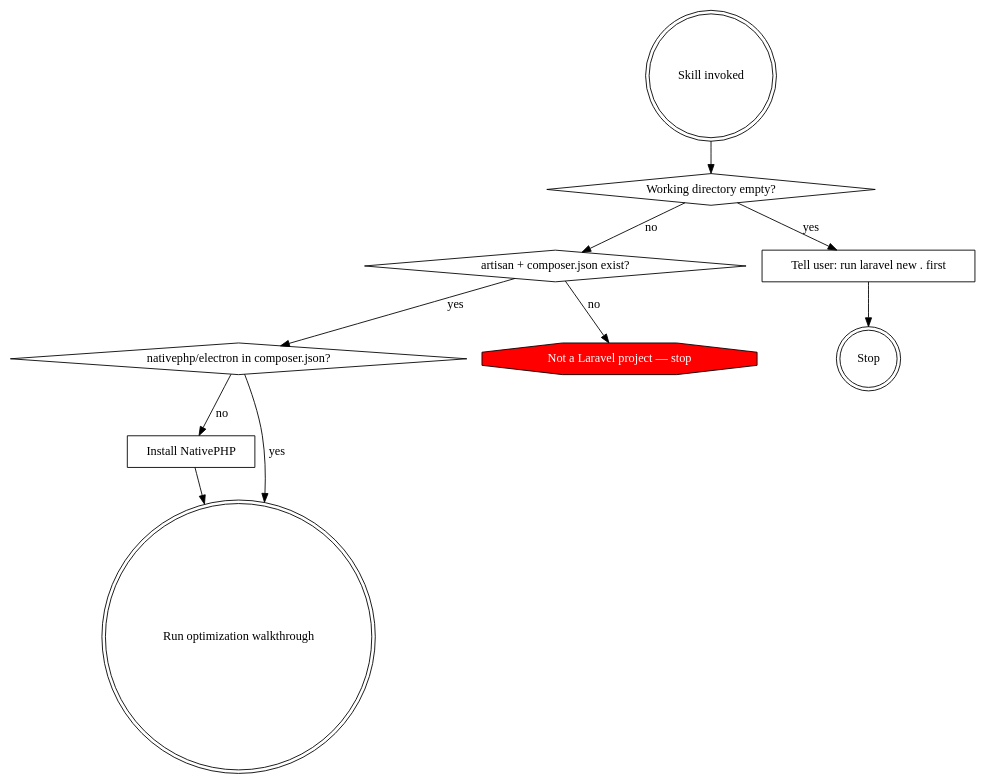
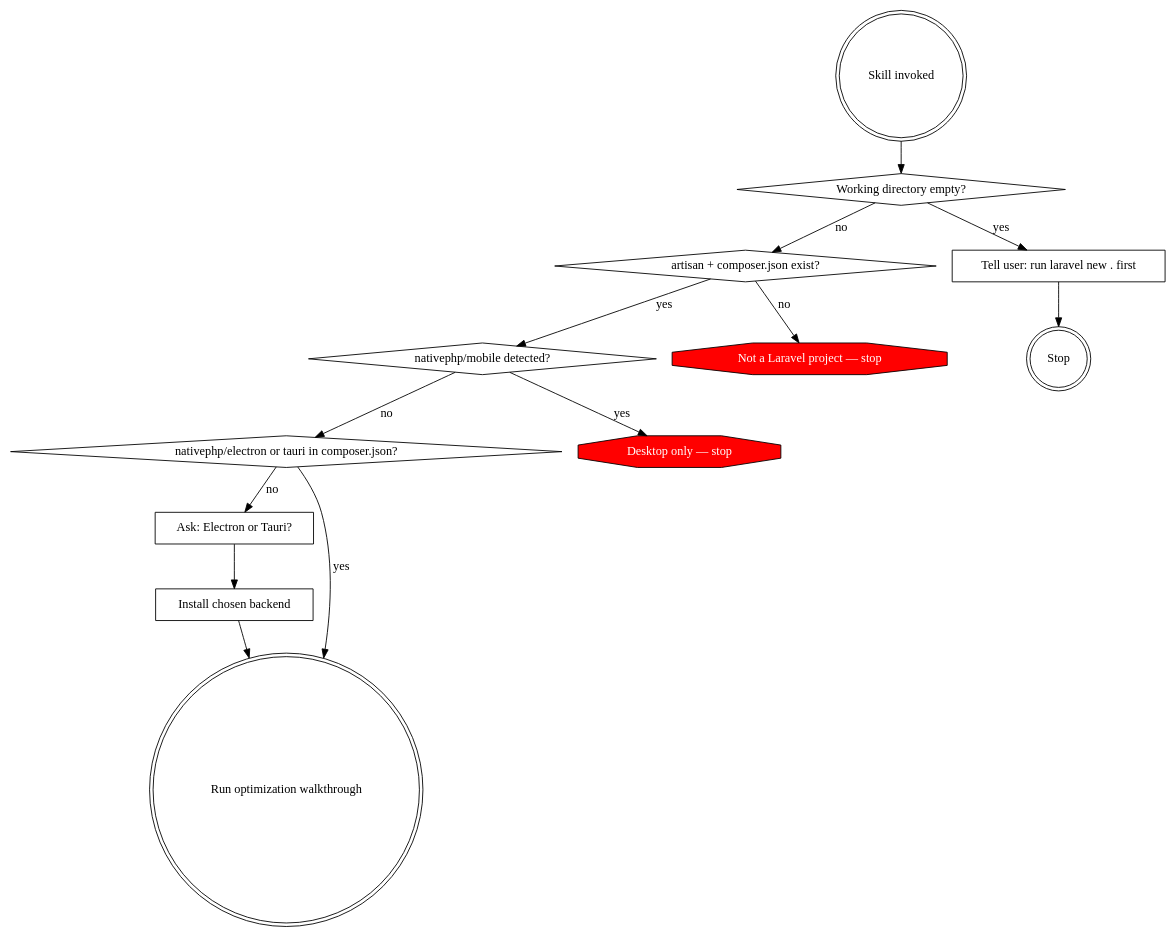
The diagram in skills/php-native-setup/SKILL.md (DoktorDaveJoos/nativephp-skills), drawn with Graphviz before and after one commit. The commit also changed other lines of this file and 2 other files, not shown here.

Commit message:
feat: rewrite both skills with grill findings — 9 grouped areas, Tauri support, context-dependent config, build pipeline caching, loading route, Tailwind CDN scanning, add README

````diff
--- a/skills/php-native-setup/SKILL.md
+++ b/skills/php-native-setup/SKILL.md
@@ -14,24 +14,29 @@
 ```dot
 digraph setup_flow {
     "Skill invoked" [shape=doublecircle];
     "Working directory empty?" [shape=diamond];
     "artisan + composer.json exist?" [shape=diamond];
-    "nativephp/electron in composer.json?" [shape=diamond];
+    "nativephp/mobile detected?" [shape=diamond];
+    "nativephp/electron or tauri in composer.json?" [shape=diamond];
     "Tell user: run laravel new . first" [shape=box];
     "Not a Laravel project — stop" [shape=octagon, style=filled, fillcolor=red, fontcolor=white];
-    "Install NativePHP" [shape=box];
+    "Desktop only — stop" [shape=octagon, style=filled, fillcolor=red, fontcolor=white];
+    "Ask: Electron or Tauri?" [shape=box];
+    "Install chosen backend" [shape=box];
     "Run optimization walkthrough" [shape=doublecircle];
-
     "Stop" [shape=doublecircle];
 
     "Skill invoked" -> "Working directory empty?";
     "Working directory empty?" -> "Tell user: run laravel new . first" [label="yes"];
     "Tell user: run laravel new . first" -> "Stop";
     "Working directory empty?" -> "artisan + composer.json exist?" [label="no"];
     "artisan + composer.json exist?" -> "Not a Laravel project — stop" [label="no"];
-    "artisan + composer.json exist?" -> "nativephp/electron in composer.json?" [label="yes"];
-    "nativephp/electron in composer.json?" -> "Install NativePHP" [label="no"];
-    "nativephp/electron in composer.json?" -> "Run optimization walkthrough" [label="yes"];
-    "Install NativePHP" -> "Run optimization walkthrough";
+    "artisan + composer.json exist?" -> "nativephp/mobile detected?" [label="yes"];
+    "nativephp/mobile detected?" -> "Desktop only — stop" [label="yes"];
+    "nativephp/mobile detected?" -> "nativephp/electron or tauri in composer.json?" [label="no"];
+    "nativephp/electron or tauri in composer.json?" -> "Ask: Electron or Tauri?" [label="no"];
+    "Ask: Electron or Tauri?" -> "Install chosen backend";
+    "nativephp/electron or tauri in composer.json?" -> "Run optimization walkthrough" [label="yes"];
+    "Install chosen backend" -> "Run optimization walkthrough";
 }
 ```
````
